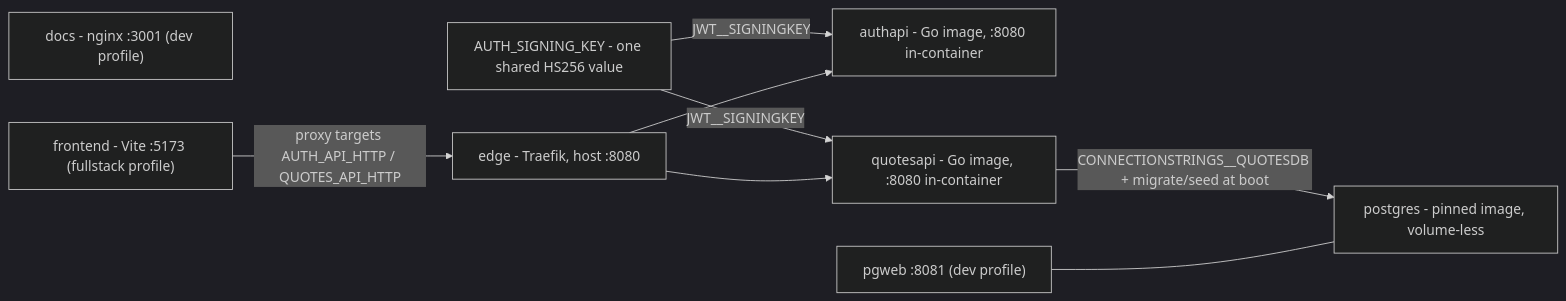
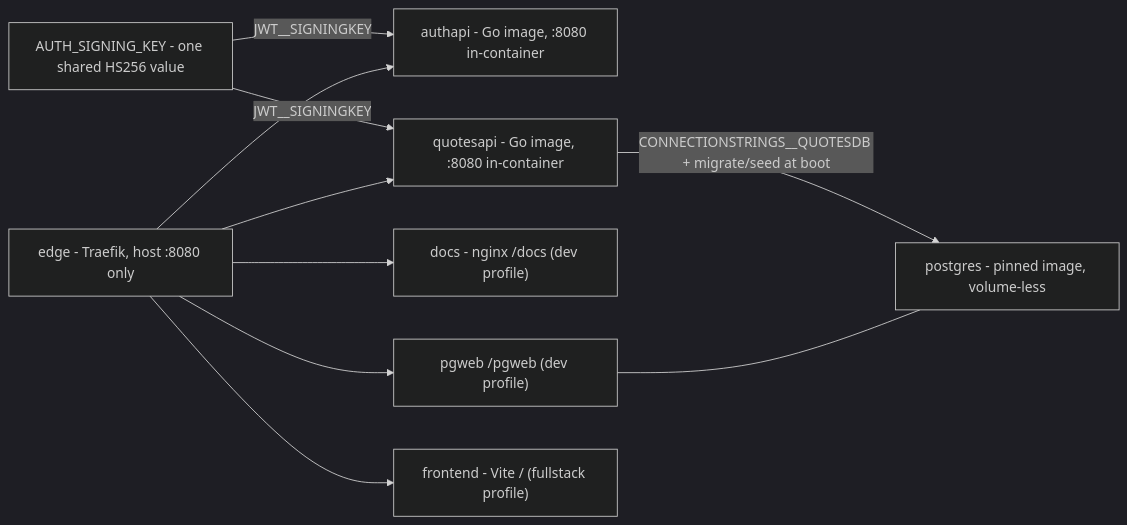
Before and after one commit to josnelihurt/code.examples.go.quotes: the second of 3 diagrams in docs/system-design.md, drawn with Mermaid (dark theme). The commit also changed other lines of this file and 10 other files, not shown here.

Commit message:
feat: route docs pgweb and spa through one traefik port

````diff
--- a/docs/system-design.md
+++ b/docs/system-design.md
@@ -40,19 +40,21 @@
 ```mermaid
 flowchart LR
   key["AUTH_SIGNING_KEY - one shared HS256 value"]
   pg["postgres - pinned image, volume-less"]
   auth["authapi - Go image, :8080 in-container"]
   quotes["quotesapi - Go image, :8080 in-container"]
-  edge["edge - Traefik, host :8080"]
-  docs["docs - nginx :3001 (dev profile)"]
-  pgweb["pgweb :8081 (dev profile)"]
-  vite["frontend - Vite :5173 (fullstack profile)"]
+  edge["edge - Traefik, host :8080 only"]
+  docs["docs - nginx /docs (dev profile)"]
+  pgweb["pgweb /pgweb (dev profile)"]
+  vite["frontend - Vite / (fullstack profile)"]
 
   key -->|"JWT__SIGNINGKEY"| auth
   key -->|"JWT__SIGNINGKEY"| quotes
   quotes -->|"CONNECTIONSTRINGS__QUOTESDB + migrate/seed at boot"| pg
   pgweb --- pg
   edge --> auth
   edge --> quotes
-  vite -->|"proxy targets AUTH_API_HTTP / QUOTES_API_HTTP"| edge
+  edge --> docs
+  edge --> pgweb
+  edge --> vite
 ```
````
